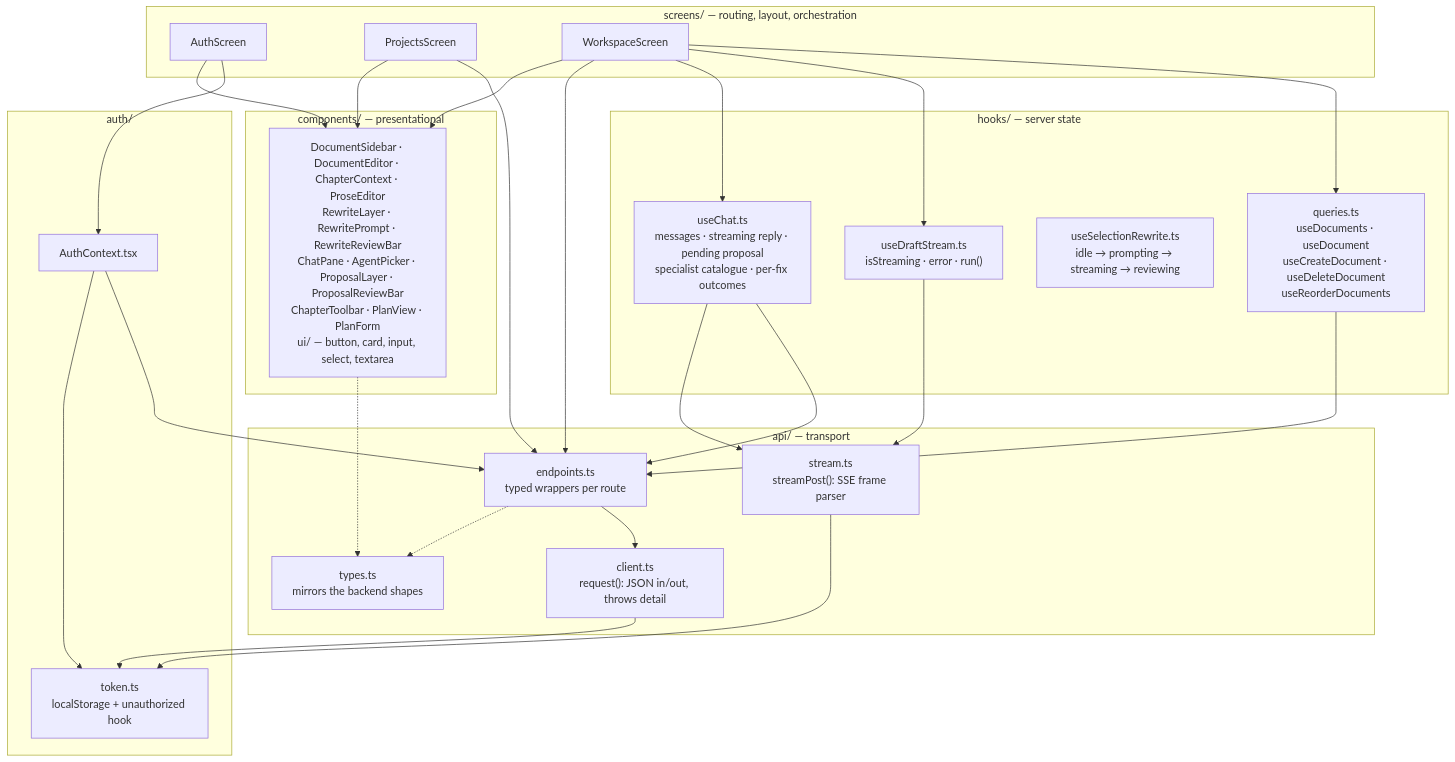
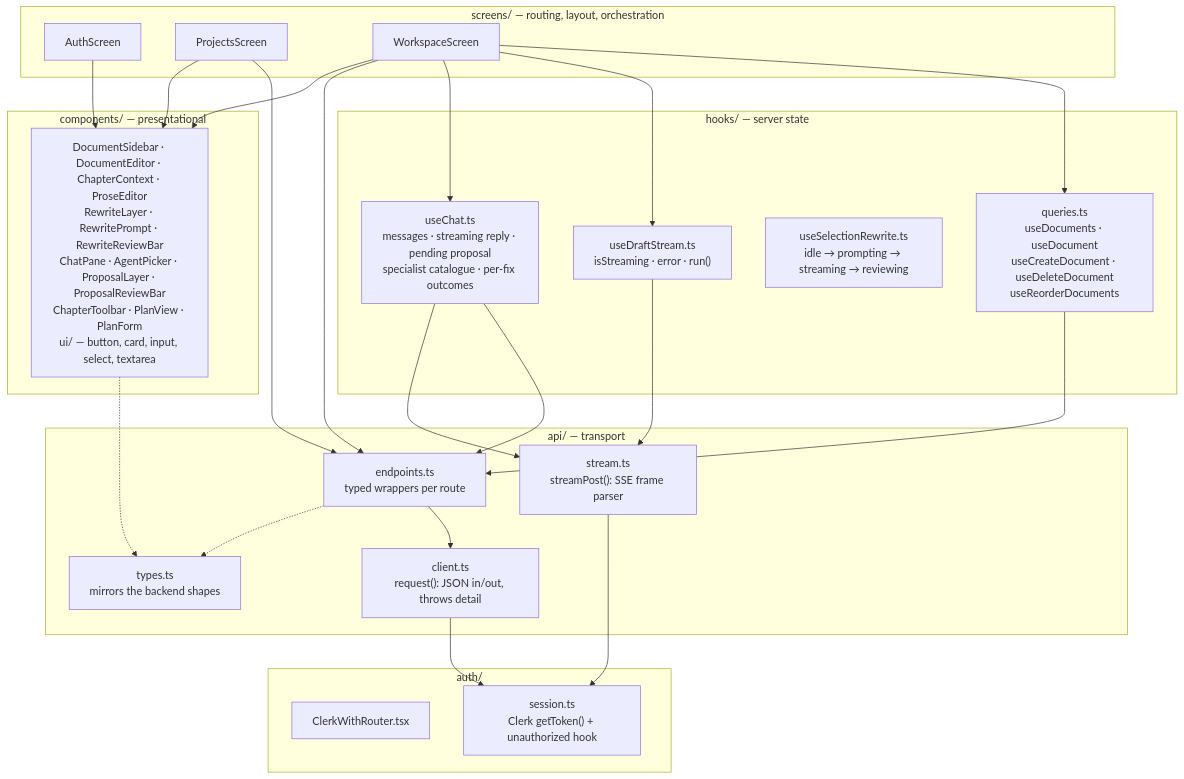
One commit to Akazz-L/maya changed the second of 3 diagrams in docs/diagrams/04-frontend-architecture.md. Above: the diagram before and after it, drawn with Mermaid. The commit also changed other lines of this file and 71 other files, not shown here.

````diff
--- a/docs/diagrams/04-frontend-architecture.md
+++ b/docs/diagrams/04-frontend-architecture.md
@@ -59,54 +59,51 @@
 ```mermaid
 graph TD
     subgraph screens["screens/ — routing, layout, orchestration"]
         AS["AuthScreen"]
         PS["ProjectsScreen"]
         WSS["WorkspaceScreen"]
     end
 
     subgraph components["components/ — presentational"]
         CMP["DocumentSidebar · DocumentEditor · ChapterContext · ProseEditor<br/>RewriteLayer · RewritePrompt · RewriteReviewBar<br/>ChatPane · AgentPicker · ProposalLayer · ProposalReviewBar<br/>ChapterToolbar · PlanView · PlanForm<br/>ui/ — button, card, input, select, textarea"]
     end
 
     subgraph hooks["hooks/ — server state"]
         Q["queries.ts<br/>useDocuments · useDocument<br/>useCreateDocument · useDeleteDocument<br/>useReorderDocuments"]
         DS["useDraftStream.ts<br/>isStreaming · error · run()"]
         SR["useSelectionRewrite.ts<br/>idle → prompting → streaming → reviewing"]
         CH["useChat.ts<br/>messages · streaming reply · pending proposal<br/>specialist catalogue · per-fix outcomes"]
     end
 
     subgraph api["api/ — transport"]
         EP["endpoints.ts<br/>typed wrappers per route"]
         CL["client.ts<br/>request(): JSON in/out, throws detail"]
         ST["stream.ts<br/>streamPost(): SSE frame parser"]
         TY["types.ts<br/>mirrors the backend shapes"]
     end
 
     subgraph auth["auth/"]
-        AC["AuthContext.tsx"]
-        TK["token.ts<br/>localStorage + unauthorized hook"]
+        CWR["ClerkWithRouter.tsx"]
+        TK["session.ts<br/>Clerk getToken() + unauthorized hook"]
     end
 
-    AS --> AC
     PS --> EP
     WSS --> Q
     WSS --> DS
     WSS --> CH
     WSS --> EP
     WSS --> CMP
     PS --> CMP
     AS --> CMP
     Q --> EP
     DS --> ST
     CH --> EP
     CH --> ST
     EP --> CL
     CL --> TK
     ST --> TK
-    AC --> EP
-    AC --> TK
     EP -.-> TY
     CMP -.-> TY
 
     classDef layer fill:#f7f7f2,stroke:#999
 ```
````
